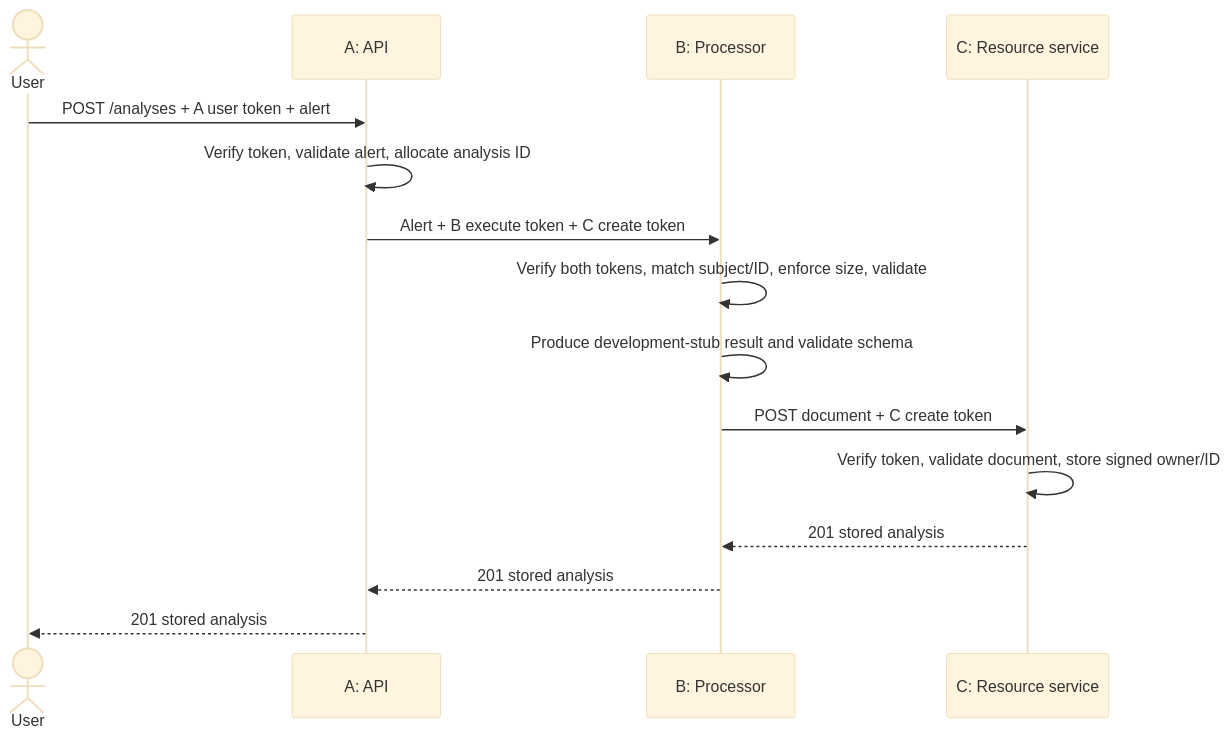
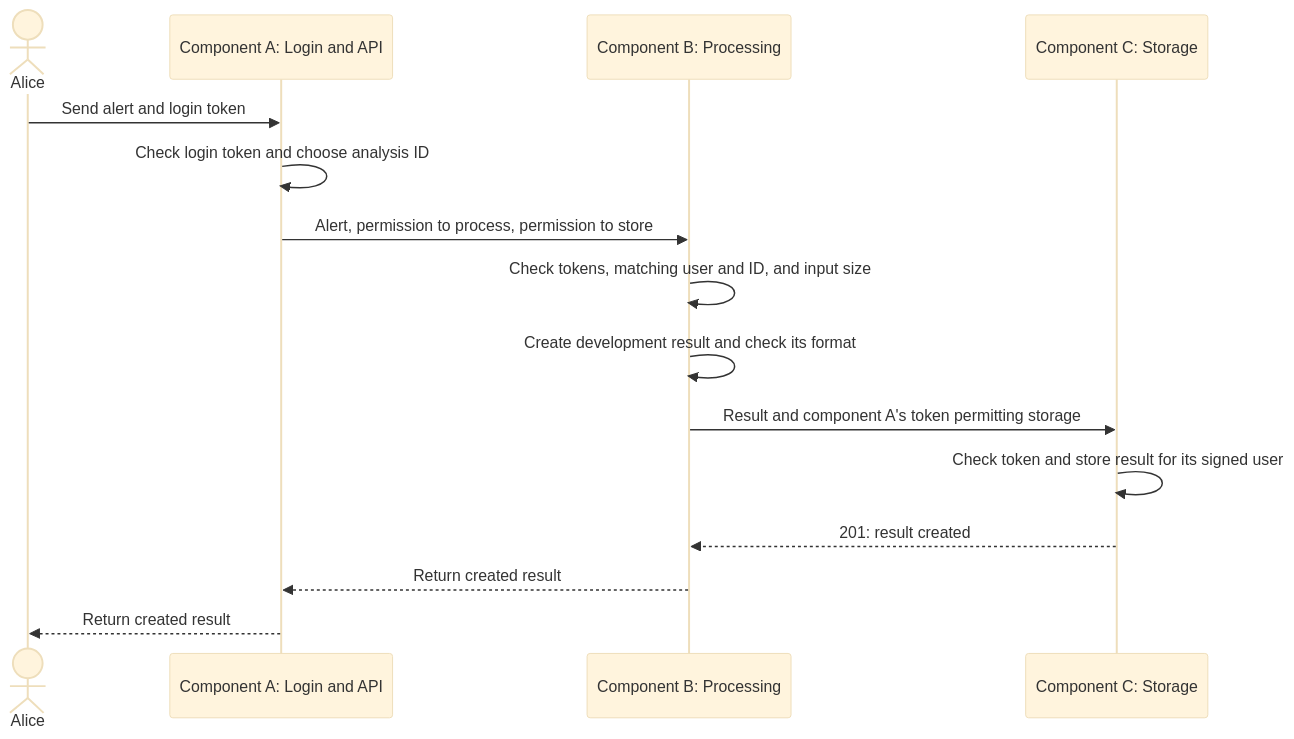
The diagram in docs/Design.md (sandrafosssoerensen/softwaresecurity-assignment1), drawn with Mermaid (base theme) before and after one commit. The commit also changed other lines of this file and 16 other files, not shown here.

````diff
--- a/docs/Design.md
+++ b/docs/Design.md
@@ -46,17 +78,17 @@
 ```mermaid
 sequenceDiagram
-    actor User
-    participant A as A: API
-    participant B as B: Processor
-    participant C as C: Resource service
-    User->>A: POST /analyses + A user token + alert
-    A->>A: Verify token, validate alert, allocate analysis ID
-    A->>B: Alert + B execute token + C create token
-    B->>B: Verify both tokens, match subject/ID, enforce size, validate
-    B->>B: Produce development-stub result and validate schema
-    B->>C: POST document + C create token
-    C->>C: Verify token, validate document, store signed owner/ID
-    C-->>B: 201 stored analysis
-    B-->>A: 201 stored analysis
-    A-->>User: 201 stored analysis
+    actor Alice
+    participant A as Component A: Login and API
+    participant B as Component B: Processing
+    participant C as Component C: Storage
+    Alice->>A: Send alert and login token
+    A->>A: Check login token and choose analysis ID
+    A->>B: Alert, permission to process, permission to store
+    B->>B: Check tokens, matching user and ID, and input size
+    B->>B: Create development result and check its format
+    B->>C: Result and component A's token permitting storage
+    C->>C: Check token and store result for its signed user
+    C-->>B: 201: result created
+    B-->>A: Return created result
+    A-->>Alice: Return created result
 ```
````
